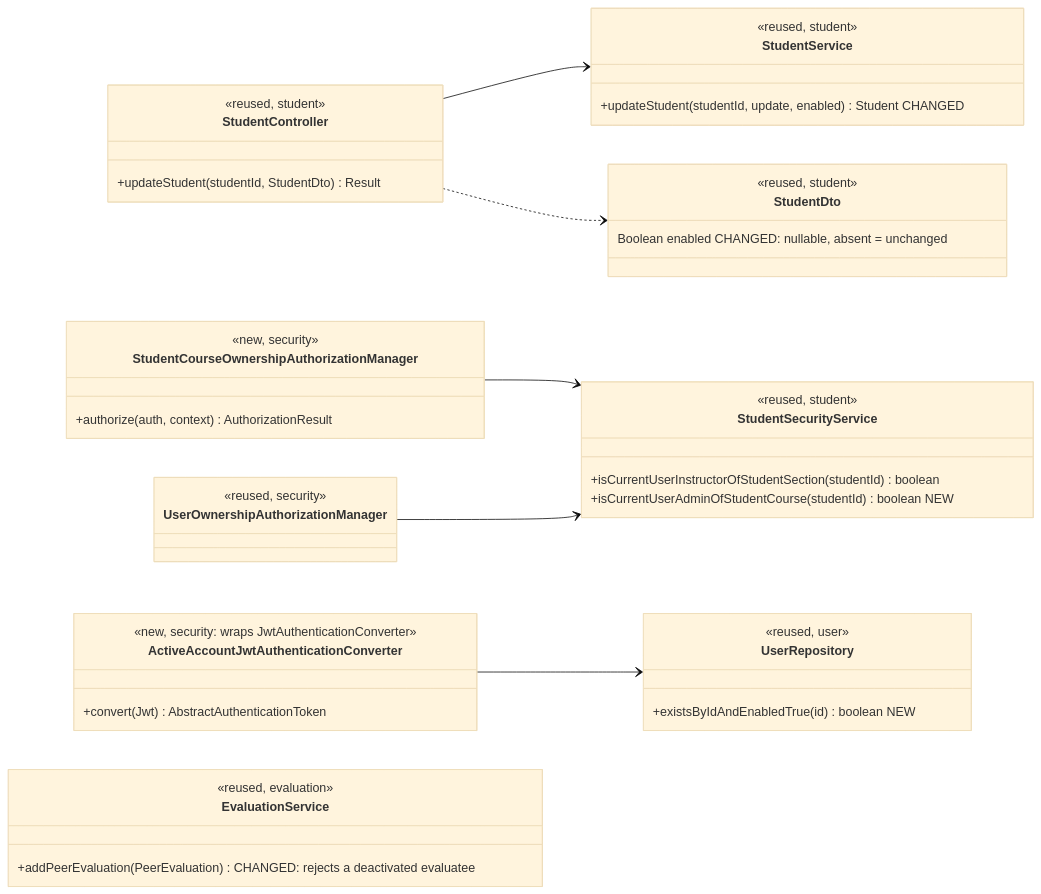
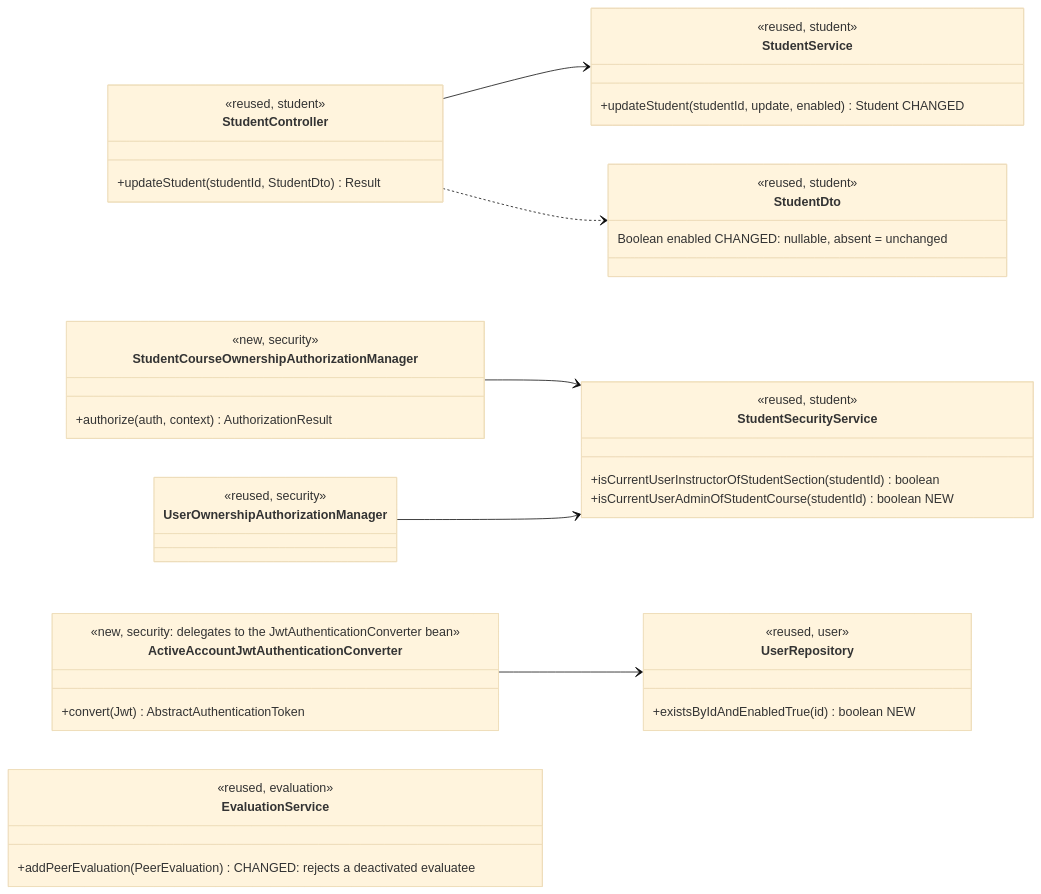
One commit to PathNotFound404/add-a-use-case changed the first of 4 diagrams in docs/design/stu.md. Above: the diagram before and after it, drawn with Mermaid (base theme). The commit also changed other lines of this file and 2 other files, not shown here.

````diff
--- a/docs/design/stu.md
+++ b/docs/design/stu.md
@@ -21,45 +21,45 @@
 ```mermaid
 classDiagram
     direction LR
     class StudentController {
         <<reused, student>>
         +updateStudent(studentId, StudentDto) Result
     }
     class StudentService {
         <<reused, student>>
         +updateStudent(studentId, update, enabled) Student  CHANGED
     }
     class StudentDto {
         <<reused, student>>
         Boolean enabled  CHANGED: nullable, absent = unchanged
     }
     class StudentSecurityService {
         <<reused, student>>
         +isCurrentUserInstructorOfStudentSection(studentId) boolean
         +isCurrentUserAdminOfStudentCourse(studentId) boolean  NEW
     }
     class StudentCourseOwnershipAuthorizationManager {
         <<new, security>>
         +authorize(auth, context) AuthorizationResult
     }
     class UserOwnershipAuthorizationManager {
         <<reused, security>>
     }
     class ActiveAccountJwtAuthenticationConverter {
-        <<new, security: wraps JwtAuthenticationConverter>>
+        <<new, security: delegates to the JwtAuthenticationConverter bean>>
         +convert(Jwt) AbstractAuthenticationToken
     }
     class UserRepository {
         <<reused, user>>
         +existsByIdAndEnabledTrue(id) boolean  NEW
     }
     class EvaluationService {
         <<reused, evaluation>>
         +addPeerEvaluation(PeerEvaluation)  CHANGED: rejects a deactivated evaluatee
     }
     StudentController --> StudentService
     StudentController ..> StudentDto
     StudentCourseOwnershipAuthorizationManager --> StudentSecurityService
     UserOwnershipAuthorizationManager --> StudentSecurityService
     ActiveAccountJwtAuthenticationConverter --> UserRepository
 ```
````
